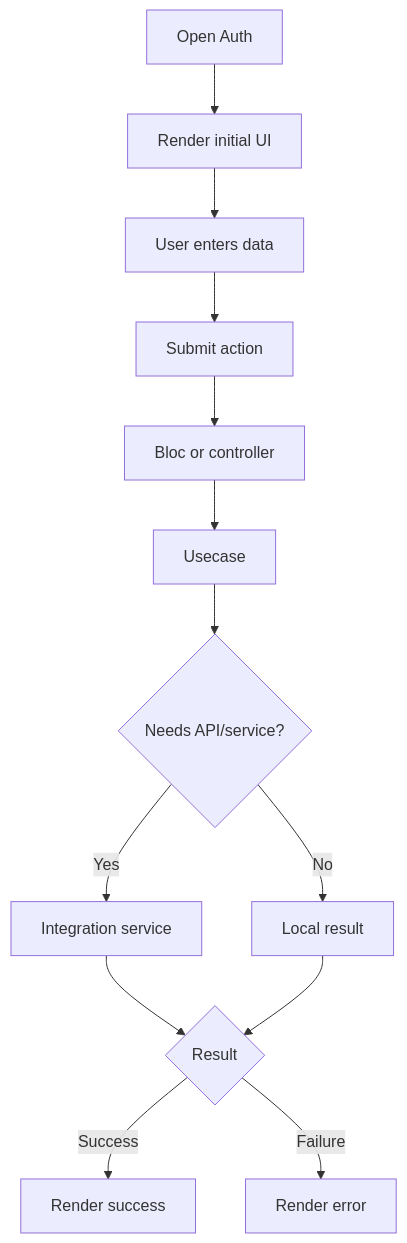
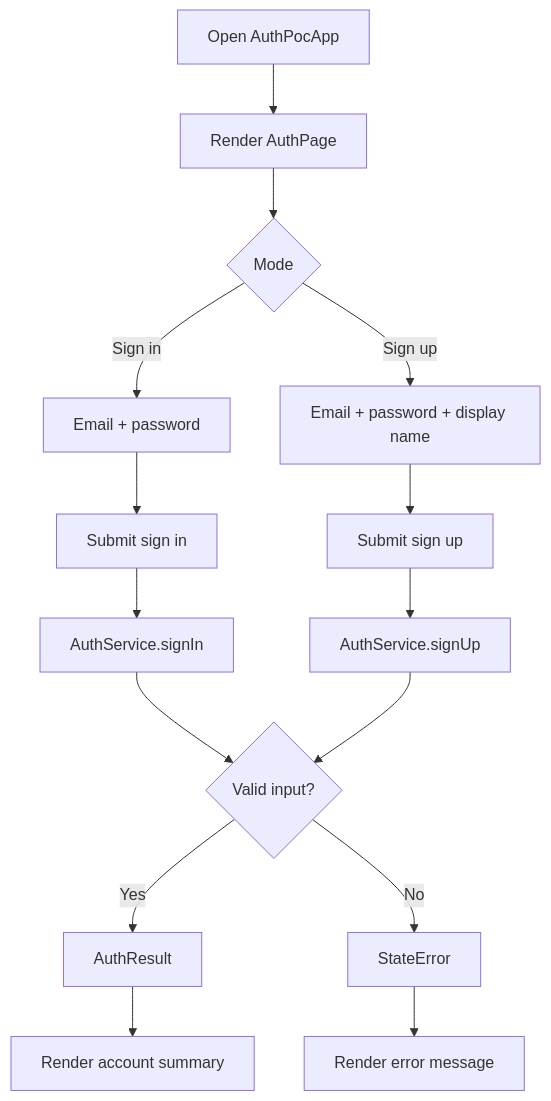
The diagram in examples/flutter-poc-auth/resources/technial-design/ep01-auth.md (shipflutter/skills), drawn with Mermaid before and after one commit. The commit also changed other lines of this file and 20 other files, not shown here.

Commit message:
feat: POC Auth updated gen latest doc tdd and gen HTML

````diff
--- a/examples/flutter-poc-auth/resources/technial-design/ep01-auth.md
+++ b/examples/flutter-poc-auth/resources/technial-design/ep01-auth.md
@@ -24,15 +27,17 @@
 ```mermaid
 flowchart TD
-  A[Open Auth] --> B[Render initial UI]
-  B --> C[User enters data]
-  C --> D[Submit action]
-  D --> E[Bloc or controller]
-  E --> F[Usecase]
-  F --> G{Needs API/service?}
-  G -->|Yes| H[Integration service]
-  G -->|No| I[Local result]
-  H --> J{Result}
+  A[Open AuthPocApp] --> B[Render AuthPage]
+  B --> C{Mode}
+  C -->|Sign in| D[Email + password]
+  C -->|Sign up| E[Email + password + display name]
+  D --> F[Submit sign in]
+  E --> G[Submit sign up]
+  F --> H[AuthService.signIn]
+  G --> I[AuthService.signUp]
+  H --> J{Valid input?}
   I --> J
-  J -->|Success| K[Render success]
-  J -->|Failure| L[Render error]
+  J -->|Yes| K[AuthResult]
+  J -->|No| L[StateError]
+  K --> M[Render account summary]
+  L --> N[Render error message]
 ```
````
